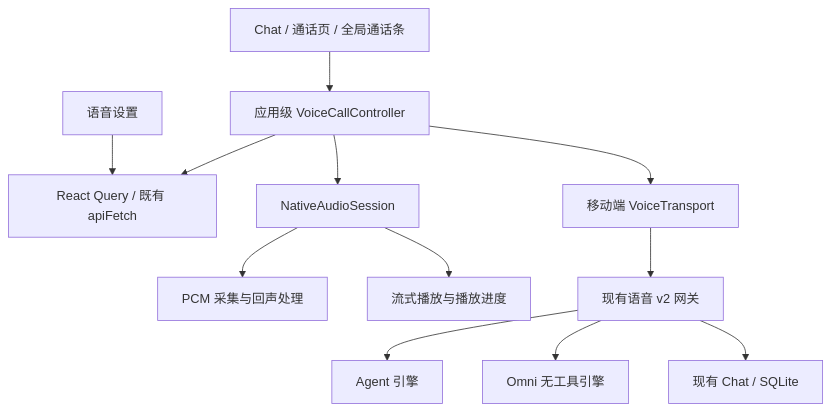
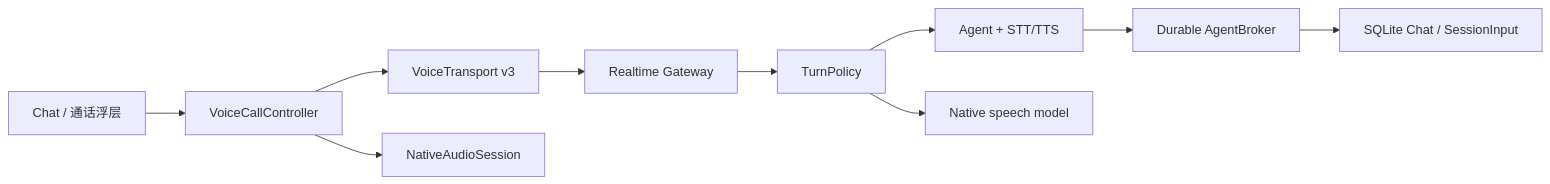
Before and after one commit to xopcai/xopc: the diagram in docs/design/mobile-voice-technical-design.md, drawn with Mermaid. The commit also changed other lines of this file and 66 other files, not shown here.

Commit message:
feat(voice): harden realtime mobile experience

````diff
--- a/docs/design/mobile-voice-technical-design.md
+++ b/docs/design/mobile-voice-technical-design.md
@@ -24,14 +16,12 @@
 ```mermaid
-flowchart TD
-  UI[Chat / 通话页 / 全局通话条] --> Controller[应用级 VoiceCallController]
-  Settings[语音设置] --> Query[React Query / 既有 apiFetch]
-  Controller --> Query
-  Controller --> Transport[移动端 VoiceTransport]
-  Controller --> Audio[NativeAudioSession]
-  Audio --> Capture[PCM 采集与回声处理]
-  Audio --> Player[流式播放与播放进度]
-  Transport --> Gateway[现有语音 v2 网关]
-  Gateway --> Agent[Agent 引擎]
-  Gateway --> Omni[Omni 无工具引擎]
-  Gateway --> Store[现有 Chat / SQLite]
+flowchart LR
+  UI[Chat / 通话浮层] --> C[VoiceCallController]
+  C --> T[VoiceTransport v3]
+  C --> A[NativeAudioSession]
+  T --> G[Realtime Gateway]
+  G --> P[TurnPolicy]
+  P --> AG[Agent + STT/TTS]
+  P --> N[Native speech model]
+  AG --> B[Durable AgentBroker]
+  B --> S[SQLite Chat / SessionInput]
 ```
````
